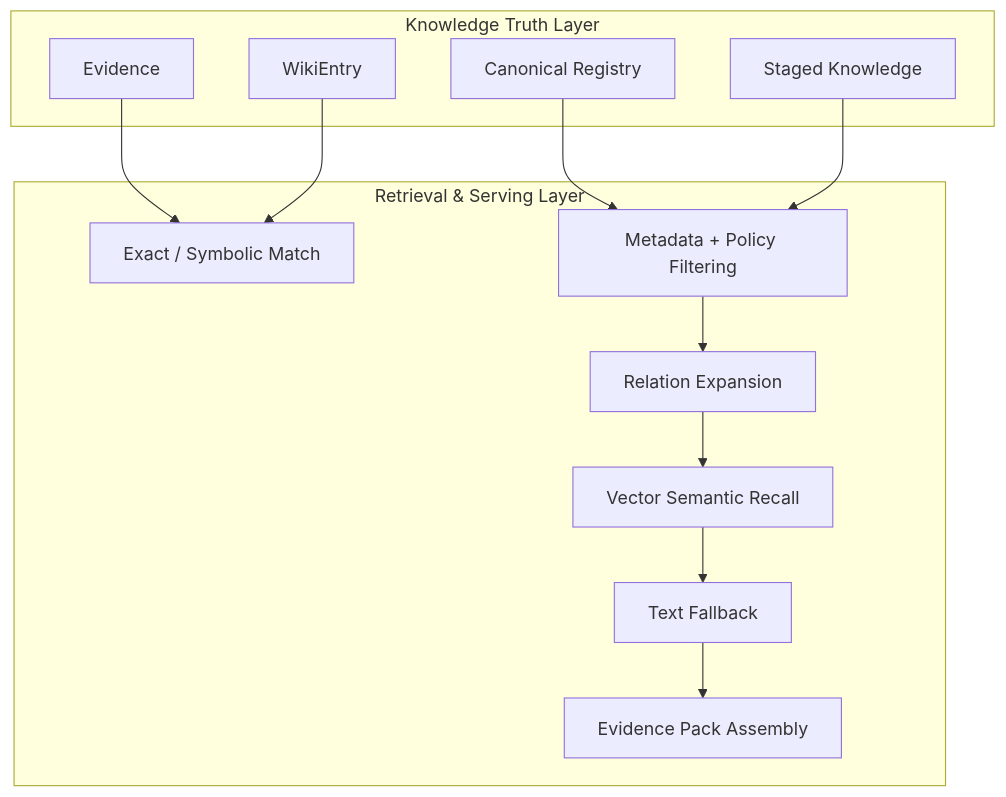
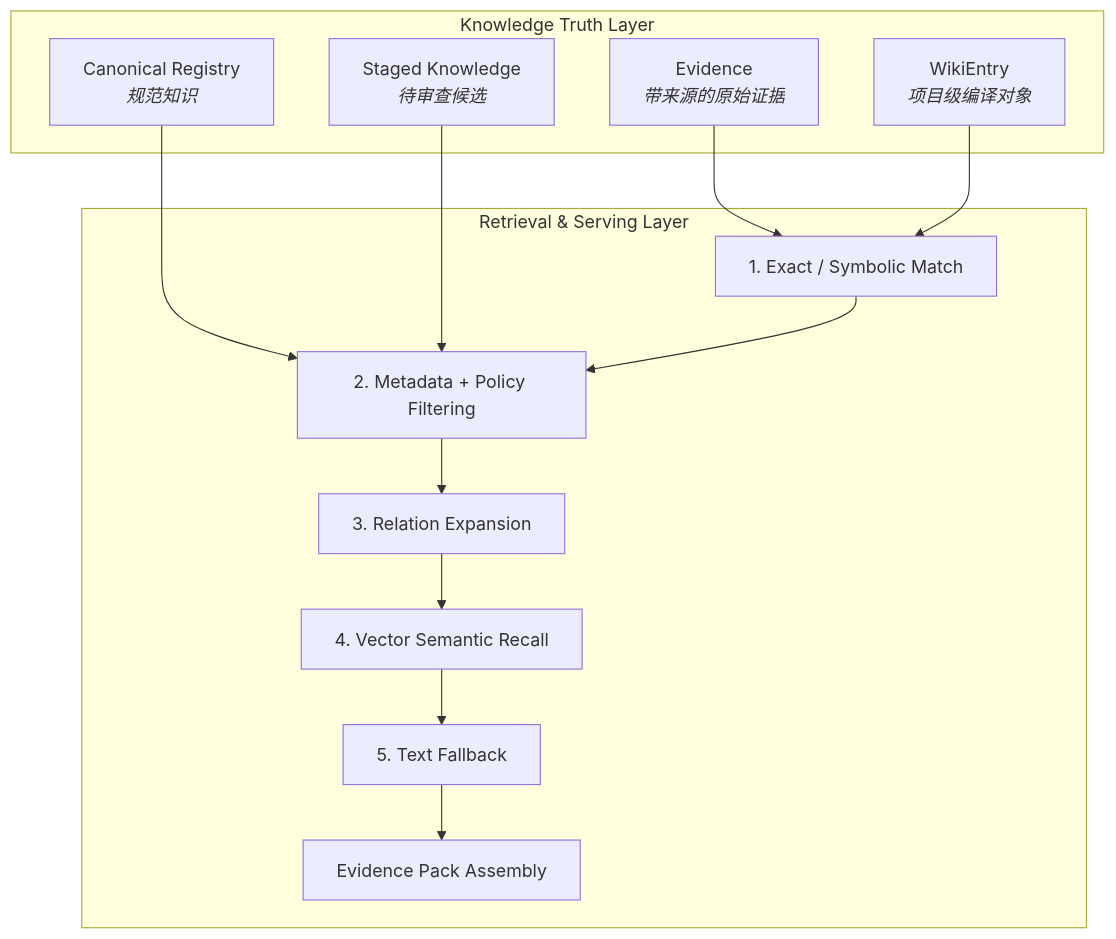
One commit to RocioGinsberg/swallow changed the diagram in docs/design/KNOWLEDGE.md. Above: the diagram before and after it, drawn with Mermaid. The commit also changed other lines of this file and 12 other files, not shown here.

````diff
--- a/docs/design/KNOWLEDGE.md
+++ b/docs/design/KNOWLEDGE.md
@@ -25,27 +25,24 @@
 ```mermaid
 graph TD
     subgraph "Knowledge Truth Layer"
-        EV["Evidence"]
-        WK["WikiEntry"]
-        CR["Canonical Registry"]
-        SK["Staged Knowledge"]
+        EV["Evidence<br/><i>带来源的原始证据</i>"]
+        WK["WikiEntry<br/><i>项目级编译对象</i>"]
+        CR["Canonical Registry<br/><i>规范知识</i>"]
+        SK["Staged Knowledge<br/><i>待审查候选</i>"]
     end
 
     subgraph "Retrieval & Serving Layer"
-        EM["Exact / Symbolic Match"]
-        MF["Metadata + Policy Filtering"]
-        RE["Relation Expansion"]
-        VS["Vector Semantic Recall"]
-        TF["Text Fallback"]
+        EM["1. Exact / Symbolic Match"]
+        MF["2. Metadata + Policy Filtering"]
+        RE["3. Relation Expansion"]
+        VS["4. Vector Semantic Recall"]
+        TF["5. Text Fallback"]
         EP["Evidence Pack Assembly"]
     end
 
     EV --> EM
     WK --> EM
     CR --> MF
     SK --> MF
-    MF --> RE
-    RE --> VS
-    VS --> TF
-    TF --> EP
+    EM --> MF --> RE --> VS --> TF --> EP
 ```
````
